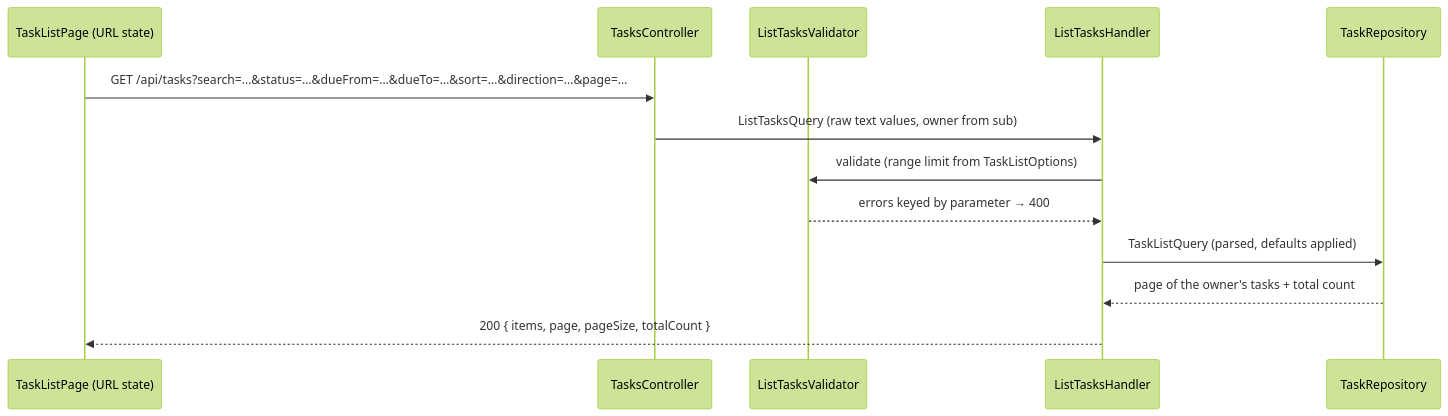
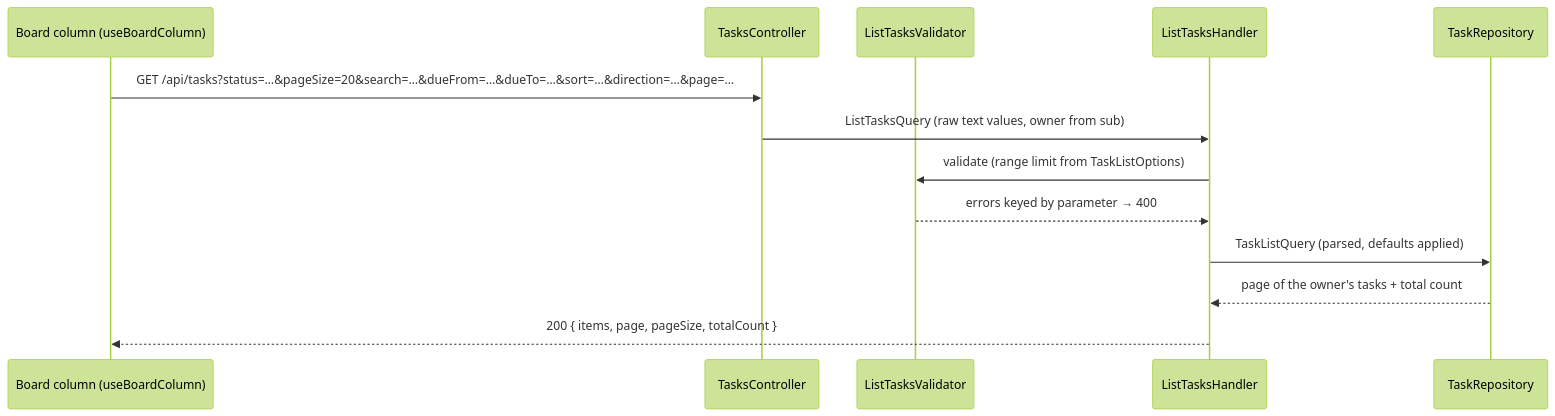
Before and after one commit to juan-echeverry-dev/task-manager-dotnet-react: the fifth of 5 diagrams in docs/architecture.md, drawn with Mermaid (forest theme). The commit also changed other lines of this file and 5 other files, not shown here.

Commit message:
docs: record the task board decision (ADR 0012) and update the docs

````diff
--- a/docs/architecture.md
+++ b/docs/architecture.md
@@ -131,15 +132,15 @@
 ```mermaid
 sequenceDiagram
-    participant SPA as TaskListPage (URL state)
+    participant SPA as Board column (useBoardColumn)
     participant C as TasksController
     participant V as ListTasksValidator
     participant H as ListTasksHandler
     participant R as TaskRepository
-    SPA->>C: GET /api/tasks?search=…&status=…&dueFrom=…&dueTo=…&sort=…&direction=…&page=…
+    SPA->>C: GET /api/tasks?status=…&pageSize=20&search=…&dueFrom=…&dueTo=…&sort=…&direction=…&page=…
     C->>H: ListTasksQuery (raw text values, owner from sub)
     H->>V: validate (range limit from TaskListOptions)
     V-->>H: errors keyed by parameter → 400
     H->>R: TaskListQuery (parsed, defaults applied)
     R-->>H: page of the owner's tasks + total count
     H-->>SPA: 200 { items, page, pageSize, totalCount }
 ```
````
